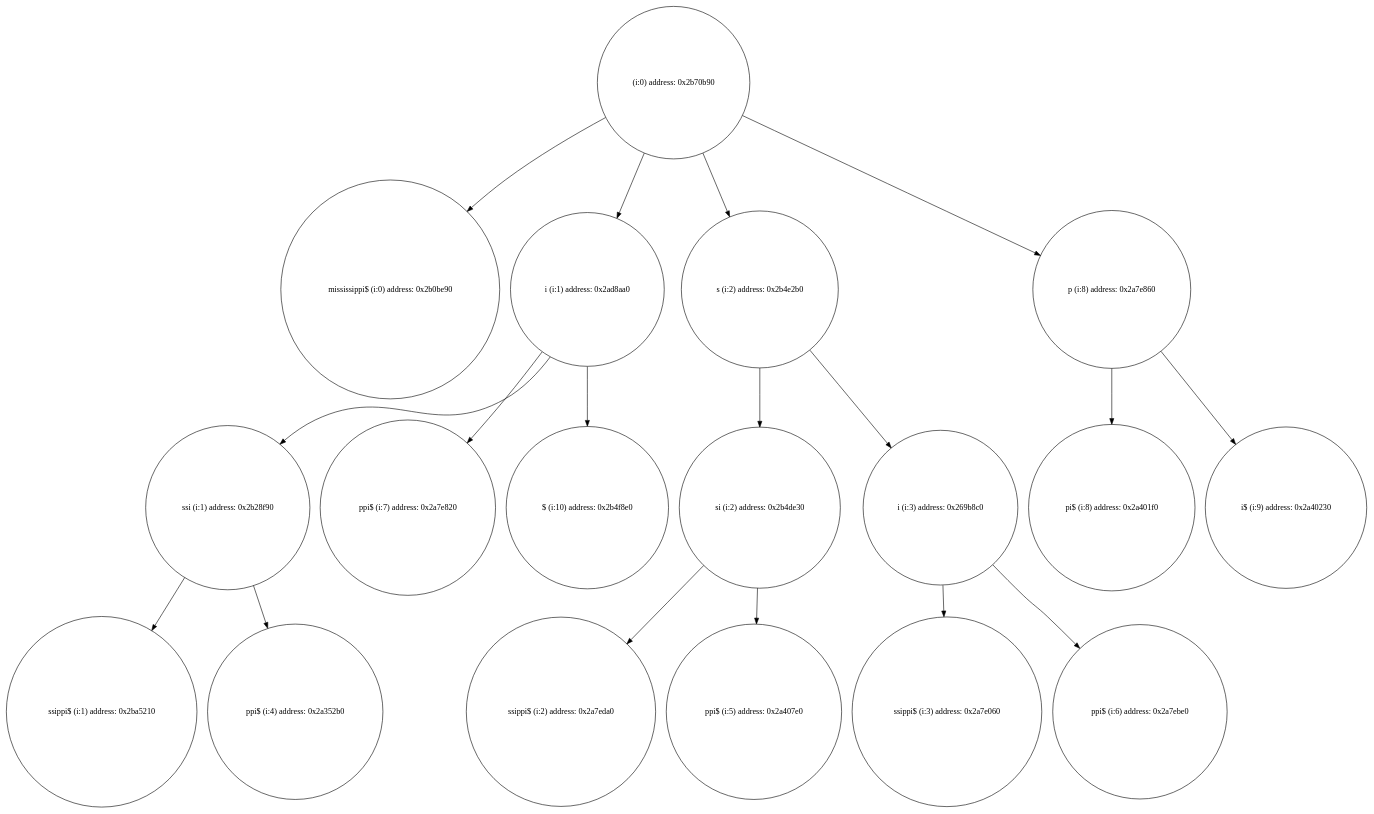
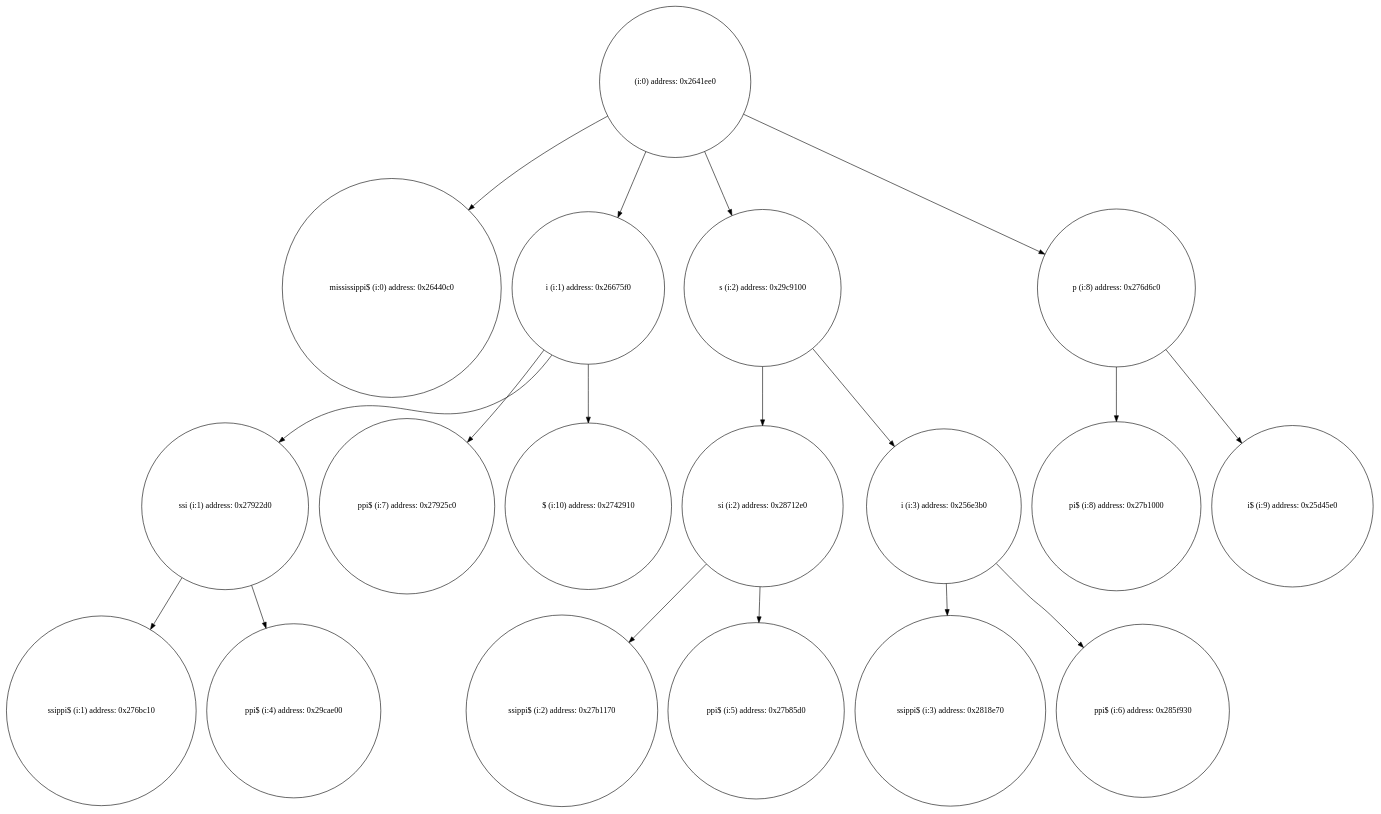
Before and after one commit to evertheylen/TA_TO: the diagram in Helix/end_0.dot, drawn with Graphviz. The commit also changed 1 other file, not shown here.

```diff
--- a/Helix/end_0.dot
+++ b/Helix/end_0.dot
@@ -1,38 +1,38 @@
 digraph suffix {
 	node [shape = circle];
-	0 [label= " (i:0) address: 0x2b70b90"];
+	0 [label= " (i:0) address: 0x2641ee0"];
 	0 -> 1;
-	1 [label= "mississippi$ (i:0) address: 0x2b0be90"];
+	1 [label= "mississippi$ (i:0) address: 0x26440c0"];
 	0 -> 2;
-	2 [label= "i (i:1) address: 0x2ad8aa0"];
+	2 [label= "i (i:1) address: 0x26675f0"];
 	2 -> 3;
-	3 [label= "ssi (i:1) address: 0x2b28f90"];
+	3 [label= "ssi (i:1) address: 0x27922d0"];
 	3 -> 4;
-	4 [label= "ssippi$ (i:1) address: 0x2ba5210"];
+	4 [label= "ssippi$ (i:1) address: 0x276bc10"];
 	3 -> 5;
-	5 [label= "ppi$ (i:4) address: 0x2a352b0"];
+	5 [label= "ppi$ (i:4) address: 0x29cae00"];
 	2 -> 6;
-	6 [label= "ppi$ (i:7) address: 0x2a7e820"];
+	6 [label= "ppi$ (i:7) address: 0x27925c0"];
 	2 -> 7;
-	7 [label= "$ (i:10) address: 0x2b4f8e0"];
+	7 [label= "$ (i:10) address: 0x2742910"];
 	0 -> 8;
-	8 [label= "s (i:2) address: 0x2b4e2b0"];
+	8 [label= "s (i:2) address: 0x29c9100"];
 	8 -> 9;
-	9 [label= "si (i:2) address: 0x2b4de30"];
+	9 [label= "si (i:2) address: 0x28712e0"];
 	9 -> 10;
-	10 [label= "ssippi$ (i:2) address: 0x2a7eda0"];
+	10 [label= "ssippi$ (i:2) address: 0x27b1170"];
 	9 -> 11;
-	11 [label= "ppi$ (i:5) address: 0x2a407e0"];
+	11 [label= "ppi$ (i:5) address: 0x27b85d0"];
 	8 -> 12;
-	12 [label= "i (i:3) address: 0x269b8c0"];
+	12 [label= "i (i:3) address: 0x256e3b0"];
 	12 -> 13;
-	13 [label= "ssippi$ (i:3) address: 0x2a7e060"];
+	13 [label= "ssippi$ (i:3) address: 0x2818e70"];
 	12 -> 14;
-	14 [label= "ppi$ (i:6) address: 0x2a7ebe0"];
+	14 [label= "ppi$ (i:6) address: 0x285f930"];
 	0 -> 15;
-	15 [label= "p (i:8) address: 0x2a7e860"];
+	15 [label= "p (i:8) address: 0x276d6c0"];
 	15 -> 16;
-	16 [label= "pi$ (i:8) address: 0x2a401f0"];
+	16 [label= "pi$ (i:8) address: 0x27b1000"];
 	15 -> 17;
-	17 [label= "i$ (i:9) address: 0x2a40230"];
+	17 [label= "i$ (i:9) address: 0x25d45e0"];
 }
```
